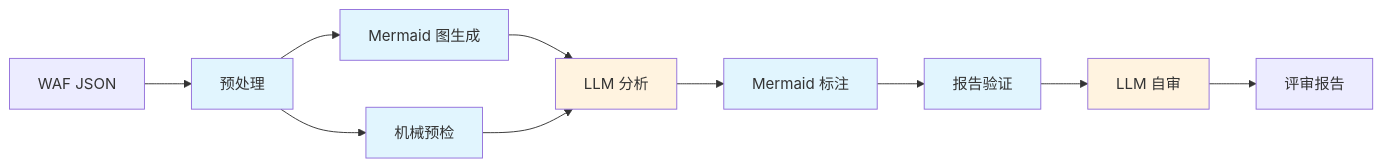
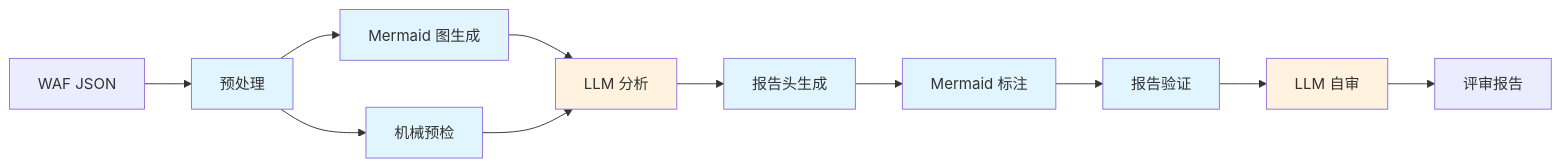
Before and after one commit to chenghit/aws-waf-rules-reviewer: the diagram in README.md, drawn with Mermaid. The commit also changed other lines of this file and 2 other files, not shown here.

First line of the commit message:
docs: add report header step to pipeline diagram + supported models section

````diff
--- a/README.md
+++ b/README.md
@@ -9,20 +9,22 @@
 ```mermaid
 flowchart LR
     A["WAF JSON"] --> B["预处理"]
     B --> C["Mermaid 图生成"]
     B --> D["机械预检"]
     C --> E["LLM 分析"]
     D --> E
-    E --> F["Mermaid 标注"]
+    E --> E2["报告头生成"]
+    E2 --> F["Mermaid 标注"]
     F --> G["报告验证"]
     G --> H["LLM 自审"]
     H --> I["评审报告"]
 
     style B fill:#e1f5fe
     style C fill:#e1f5fe
     style D fill:#e1f5fe
+    style E2 fill:#e1f5fe
     style F fill:#e1f5fe
     style G fill:#e1f5fe
     style E fill:#fff3e0
     style H fill:#fff3e0
 ```
````
